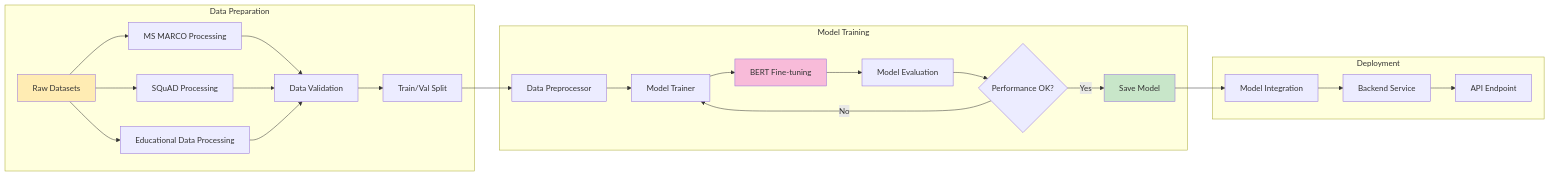
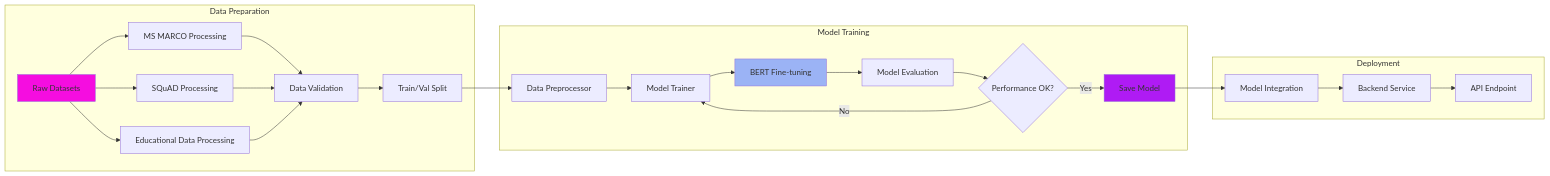
One commit to devesh0693/EduQA changed the third of 5 diagrams in README.md. Above: the diagram before and after it, drawn with Mermaid. The commit also changed other lines of this file, not shown here.

````diff
--- a/README.md
+++ b/README.md
@@ -144,32 +144,32 @@
 ```mermaid
 flowchart LR
     subgraph "Data Preparation"
         A[Raw Datasets] --> B[MS MARCO Processing]
         A --> C[SQuAD Processing] 
         A --> D[Educational Data Processing]
         B --> E[Data Validation]
         C --> E
         D --> E
         E --> F[Train/Val Split]
     end
     
     subgraph "Model Training"
         F --> G[Data Preprocessor]
         G --> H[Model Trainer]
         H --> I[BERT Fine-tuning]
         I --> J[Model Evaluation]
         J --> K{Performance OK?}
         K -->|No| H
         K -->|Yes| L[Save Model]
     end
     
     subgraph "Deployment"
         L --> M[Model Integration]
         M --> N[Backend Service]
         N --> O[API Endpoint]
     end
     
-    style A fill:#ffecb3
-    style I fill:#f8bbd9
-    style L fill:#c8e6c9
+    style A fill:#F50DE0
+    style I fill:#9BB3F5
+    style L fill:#AF1BF4
 ```
````
